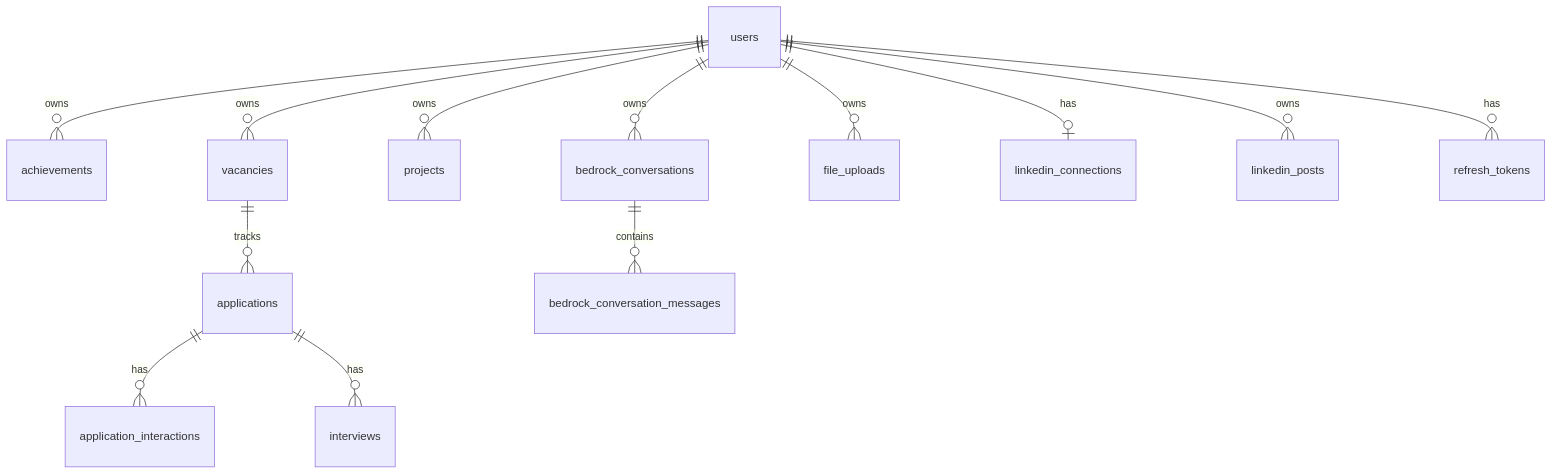
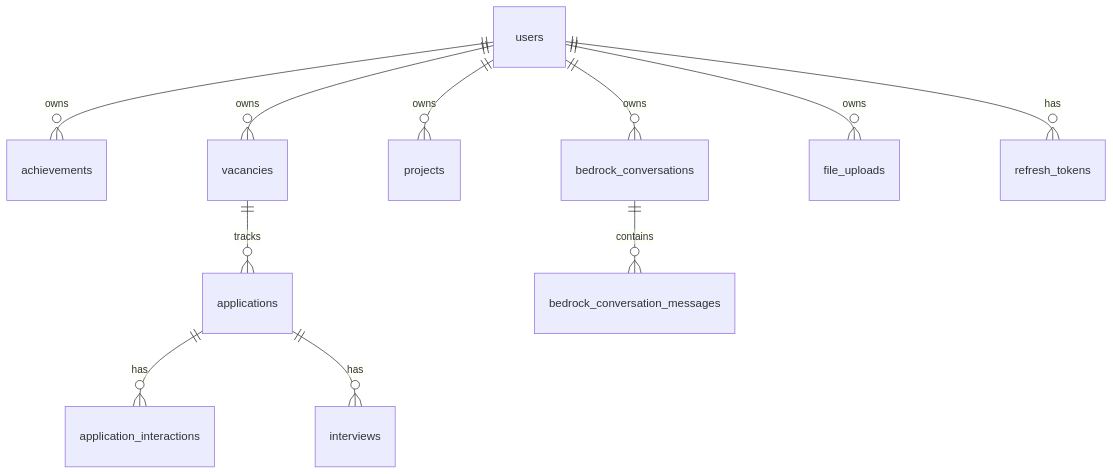
Before and after one commit to cjhirashi/cjhirashi-career: the diagram in cjhirashi-career-api/docs/DATABASE.md, drawn with Mermaid. The commit also changed other lines of this file and 59 other files, not shown here.

Commit message:
feat!: retirar la publicación de posts de LinkedIn (panel, API, agente L3, tools Bedrock, sección sec-6, scheduler y tablas linkedin_posts/linkedin_connections); queda solo el blog del portafolio (publications)

````diff
--- a/cjhirashi-career-api/docs/DATABASE.md
+++ b/cjhirashi-career-api/docs/DATABASE.md
@@ -77,17 +75,15 @@
 ```mermaid
 erDiagram
     users ||--o{ achievements : owns
     users ||--o{ vacancies : owns
     users ||--o{ projects : owns
     users ||--o{ bedrock_conversations : owns
     users ||--o{ file_uploads : owns
-    users ||--o| linkedin_connections : has
-    users ||--o{ linkedin_posts : owns
     users ||--o{ refresh_tokens : has
 
     vacancies ||--o{ applications : tracks
     applications ||--o{ application_interactions : has
     applications ||--o{ interviews : has
 
     bedrock_conversations ||--o{ bedrock_conversation_messages : contains
 ```
````
